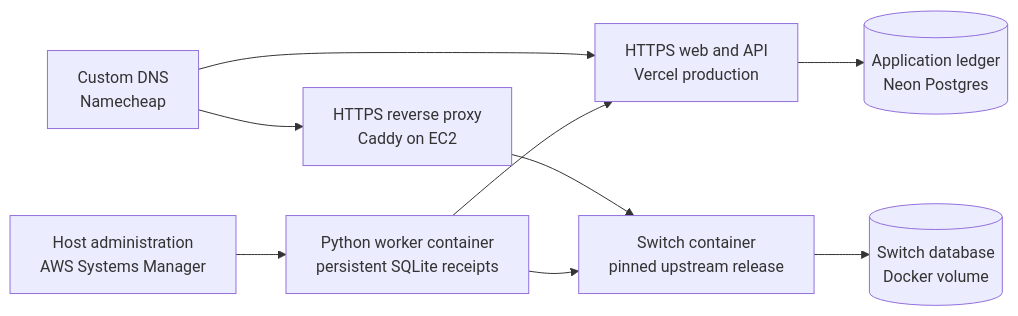
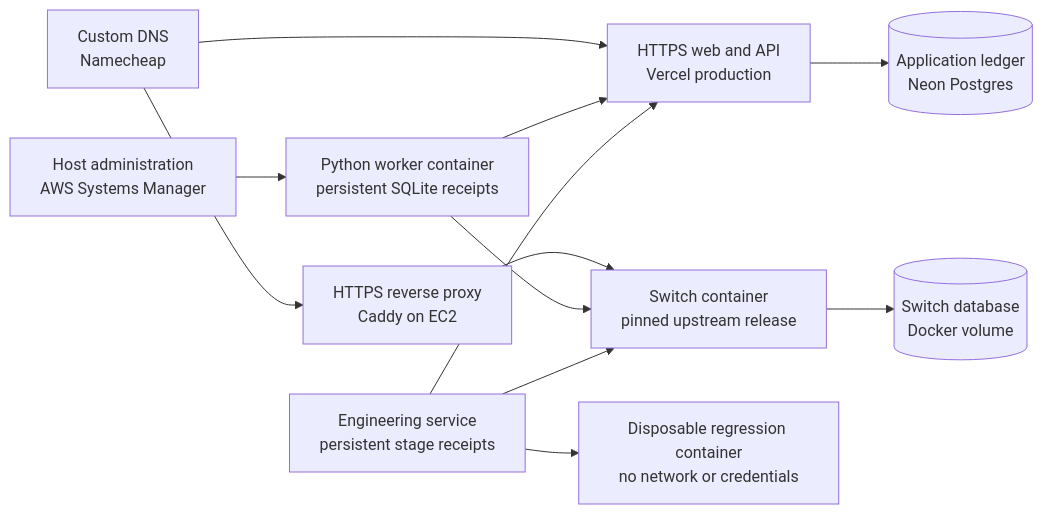
One commit to PDGamerSG/Reporter-to-Release changed the sixth of 6 diagrams in docs/ARCHITECTURE.md. Above: the diagram before and after it, drawn with Mermaid. The commit also changed other lines of this file and 14 other files, not shown here.

````diff
--- a/docs/ARCHITECTURE.md
+++ b/docs/ARCHITECTURE.md
@@ -115,11 +128,14 @@
 ```mermaid
 flowchart LR
   dns["Custom DNS<br/>Namecheap"] --> vercel["HTTPS web and API<br/>Vercel production"]
   vercel --> neon[("Application ledger<br/>Neon Postgres")]
   dns --> caddy["HTTPS reverse proxy<br/>Caddy on EC2"]
   caddy --> switch["Switch container<br/>pinned upstream release"]
   switch --> pg[("Switch database<br/>Docker volume")]
   worker["Python worker container<br/>persistent SQLite receipts"] --> switch
   worker --> vercel
+  engineering["Engineering service<br/>persistent stage receipts"] --> switch
+  engineering --> vercel
+  engineering --> sandbox["Disposable regression container<br/>no network or credentials"]
   ssm["Host administration<br/>AWS Systems Manager"] --> worker
 ```
````
